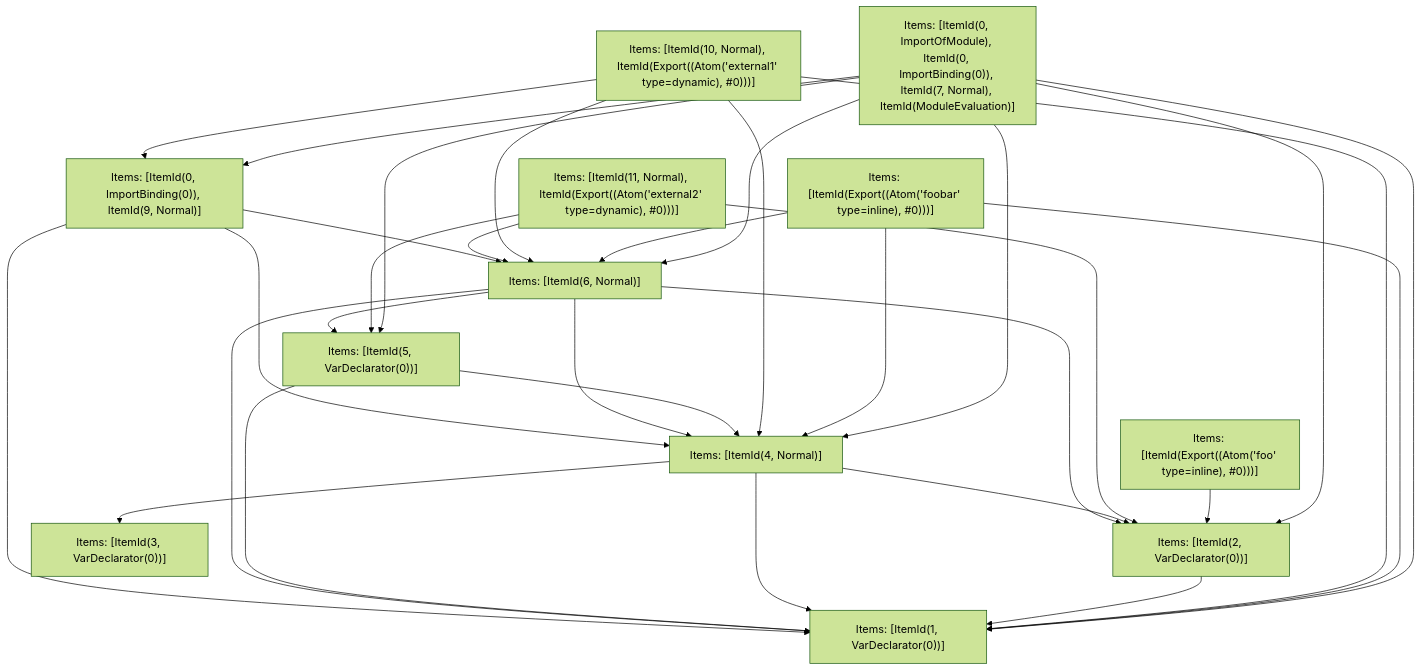
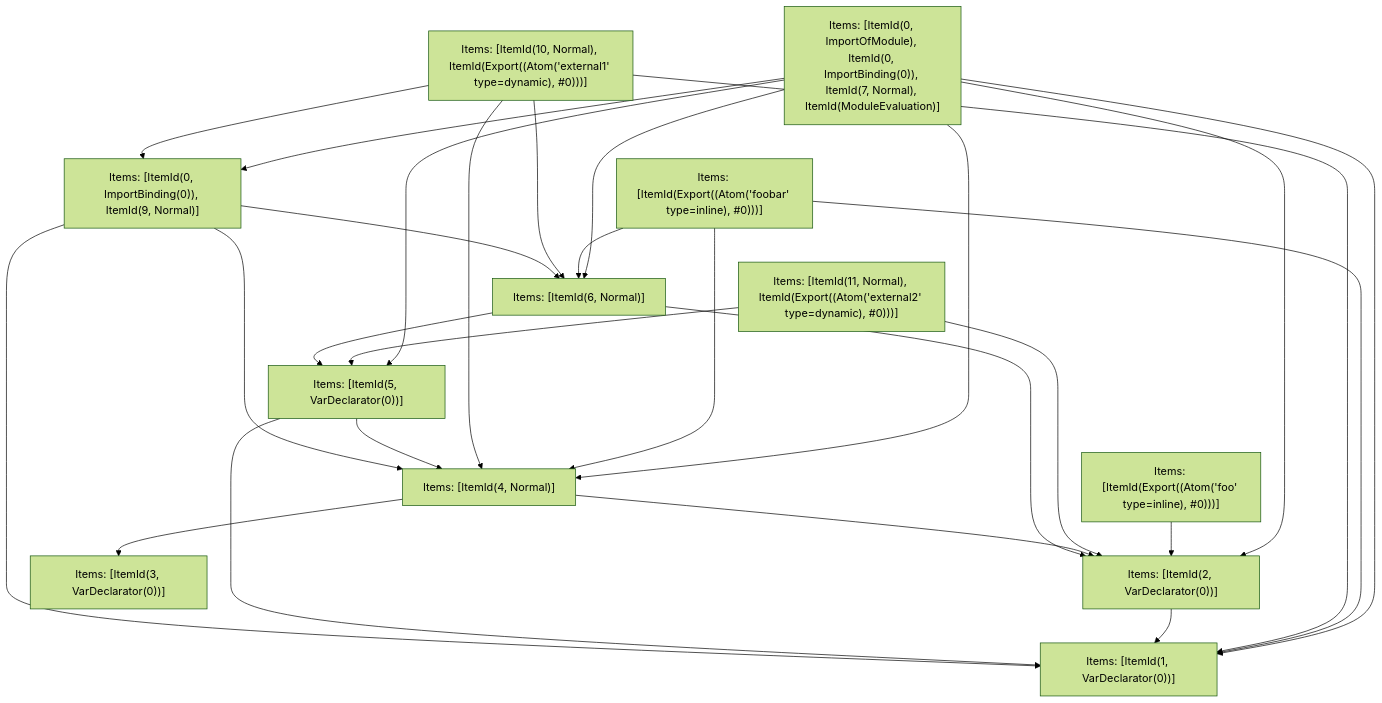
Before and after one commit to vercel/turborepo: the fifth of 5 diagrams in crates/turbopack-ecmascript/tests/tree-shaker/analyzer/1/output.md, drawn with Mermaid (forest theme). The commit also changed other lines of this file and 23 other files, not shown here.

````diff
--- a/crates/turbopack-ecmascript/tests/tree-shaker/analyzer/1/output.md
+++ b/crates/turbopack-ecmascript/tests/tree-shaker/analyzer/1/output.md
@@ -341,45 +325,41 @@
 ```mermaid
 graph TD
     N0["Items: [ItemId(0, ImportOfModule), ItemId(0, ImportBinding(0)), ItemId(7, Normal), ItemId(ModuleEvaluation)]"];
     N1["Items: [ItemId(Export((Atom('foobar' type=inline), #0)))]"];
     N2["Items: [ItemId(Export((Atom('foo' type=inline), #0)))]"];
     N3["Items: [ItemId(10, Normal), ItemId(Export((Atom('external1' type=dynamic), #0)))]"];
     N4["Items: [ItemId(11, Normal), ItemId(Export((Atom('external2' type=dynamic), #0)))]"];
     N5["Items: [ItemId(1, VarDeclarator(0))]"];
     N6["Items: [ItemId(2, VarDeclarator(0))]"];
     N7["Items: [ItemId(3, VarDeclarator(0))]"];
     N8["Items: [ItemId(4, Normal)]"];
     N9["Items: [ItemId(5, VarDeclarator(0))]"];
     N10["Items: [ItemId(6, Normal)]"];
     N11["Items: [ItemId(0, ImportBinding(0)), ItemId(9, Normal)]"];
     N0 --> N9;
     N0 --> N11;
     N0 --> N5;
     N0 --> N8;
     N0 --> N10;
     N0 --> N6;
     N1 --> N5;
     N1 --> N8;
     N1 --> N10;
     N2 --> N6;
     N3 --> N11;
     N3 --> N5;
     N3 --> N8;
     N3 --> N10;
     N4 --> N6;
     N4 --> N9;
-    N4 --> N10;
     N6 --> N5;
     N8 --> N7;
-    N8 --> N5;
     N8 --> N6;
     N9 --> N5;
     N9 --> N8;
-    N10 --> N5;
-    N10 --> N8;
     N10 --> N6;
     N10 --> N9;
     N11 --> N5;
     N11 --> N8;
     N11 --> N10;
 ```
````
